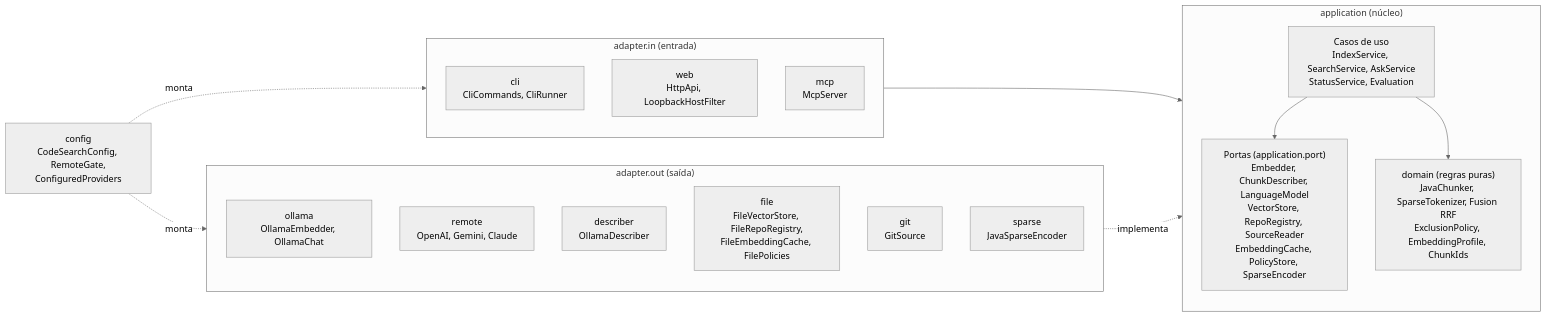
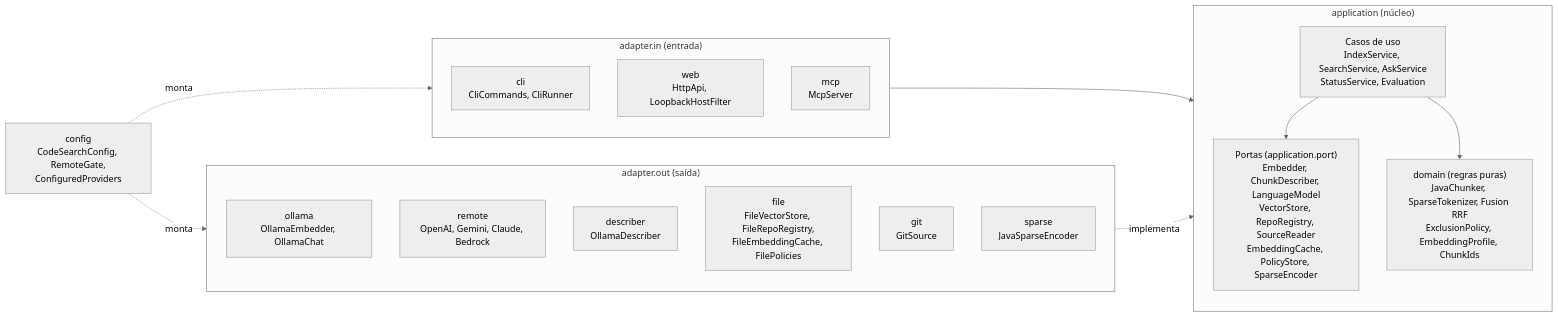
Before and after one commit to luan-vega/spec-embeddings-java: the second of 5 diagrams in README.md, drawn with Mermaid (neutral theme). The commit also changed other lines of this file and 12 other files, not shown here.

````diff
--- a/README.md
+++ b/README.md
@@ -156,35 +156,35 @@
 ```mermaid
 flowchart LR
     subgraph in["adapter.in (entrada)"]
         direction TB
         CLI["cli<br/>CliCommands, CliRunner"]
         WEB["web<br/>HttpApi, LoopbackHostFilter"]
         MCPS["mcp<br/>McpServer"]
     end
 
     subgraph appl["application (núcleo)"]
         direction TB
         UC["Casos de uso<br/>IndexService, SearchService, AskService<br/>StatusService, Evaluation"]
         PORTS["Portas (application.port)<br/>Embedder, ChunkDescriber, LanguageModel<br/>VectorStore, RepoRegistry, SourceReader<br/>EmbeddingCache, PolicyStore, SparseEncoder"]
         DOM["domain (regras puras)<br/>JavaChunker, SparseTokenizer, Fusion RRF<br/>ExclusionPolicy, EmbeddingProfile, ChunkIds"]
         UC --> PORTS
         UC --> DOM
     end
 
     subgraph out["adapter.out (saída)"]
         direction TB
         O1["ollama<br/>OllamaEmbedder, OllamaChat"]
-        O2["remote<br/>OpenAI, Gemini, Claude"]
+        O2["remote<br/>OpenAI, Gemini, Claude, Bedrock"]
         O3["describer<br/>OllamaDescriber"]
         O4["file<br/>FileVectorStore, FileRepoRegistry,<br/>FileEmbeddingCache, FilePolicies"]
         O5["git<br/>GitSource"]
         O6["sparse<br/>JavaSparseEncoder"]
     end
 
     CFG["config<br/>CodeSearchConfig, RemoteGate,<br/>ConfiguredProviders"]
 
     in --> UC
     out -. implementa .-> PORTS
     CFG -. monta .-> in
     CFG -. monta .-> out
 ```
````
